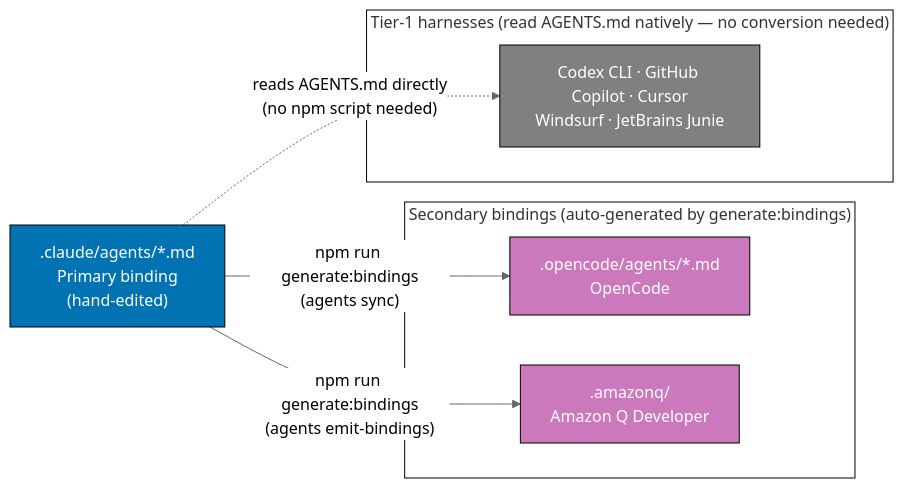
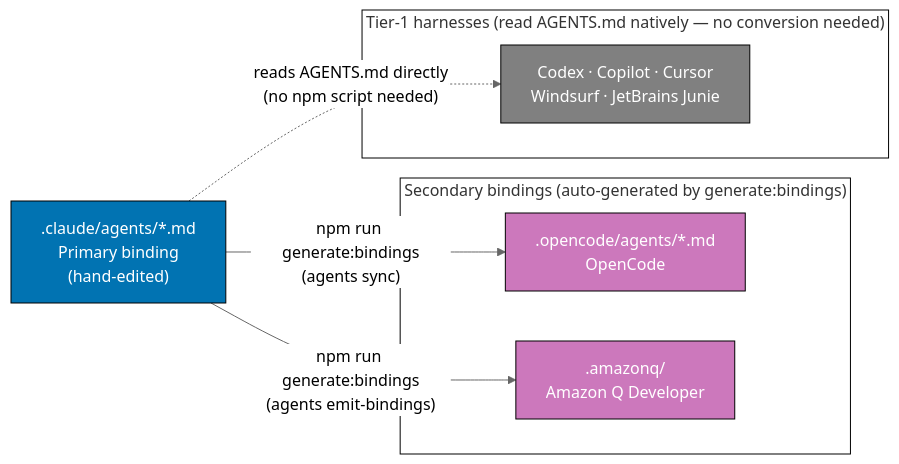
Before and after one commit to wahidyankf/ose-primer: the diagram in plans/done/2026-05-25__harness-vendor-neutrality-blueprint/README.md, drawn with Mermaid (neutral theme).

Commit message:
fix(docs): shorten mermaid label in harness-vendor-neutrality-blueprint
Preexisting label_too_long violation (35 chars > 30 max).

````diff
--- a/plans/done/2026-05-25__harness-vendor-neutrality-blueprint/README.md
+++ b/plans/done/2026-05-25__harness-vendor-neutrality-blueprint/README.md
@@ -52,24 +52,24 @@
 ```mermaid
 flowchart LR
     P[".claude/agents/*.md\nPrimary binding\n(hand-edited)"]
 
     subgraph secondary["Secondary bindings (auto-generated by generate:bindings)"]
         OC[".opencode/agents/*.md\nOpenCode"]
         AQ[".amazonq/\nAmazon Q Developer"]
     end
 
     subgraph tier1["Tier-1 harnesses (read AGENTS.md natively — no conversion needed)"]
-        T1["Codex CLI · GitHub Copilot · Cursor\nWindsurf · JetBrains Junie"]
+        T1["Codex · Copilot · Cursor\nWindsurf · JetBrains Junie"]
     end
 
     P -->|"npm run generate:bindings\n(agents sync)"| OC
     P -->|"npm run generate:bindings\n(agents emit-bindings)"| AQ
     P -.->|"reads AGENTS.md directly\n(no npm script needed)"| T1
 
     style P fill:#0173B2,stroke:#000000,color:#FFFFFF
     style OC fill:#CC78BC,stroke:#000000,color:#FFFFFF
     style AQ fill:#CC78BC,stroke:#000000,color:#FFFFFF
     style T1 fill:#808080,stroke:#000000,color:#FFFFFF
     style secondary fill:#FFFFFF,stroke:#000000
     style tier1 fill:#FFFFFF,stroke:#000000
 ```
````
